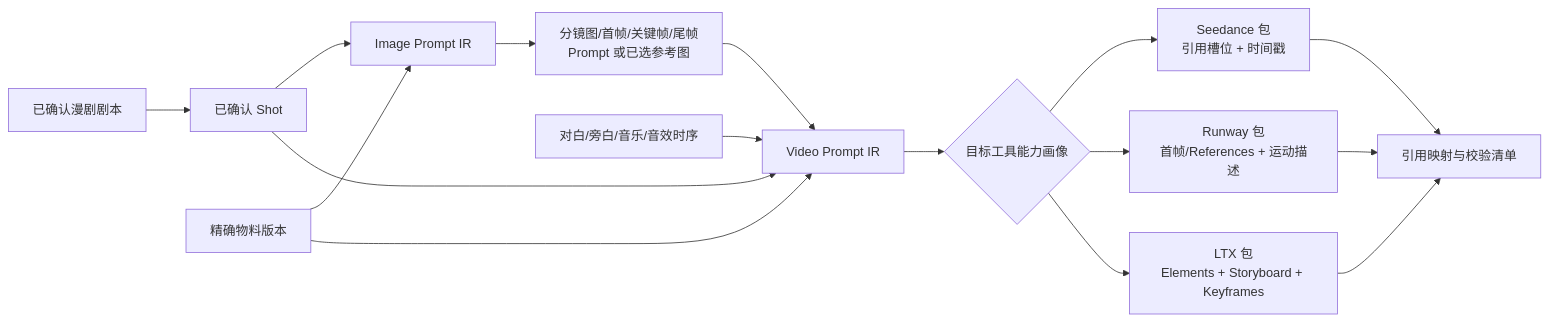
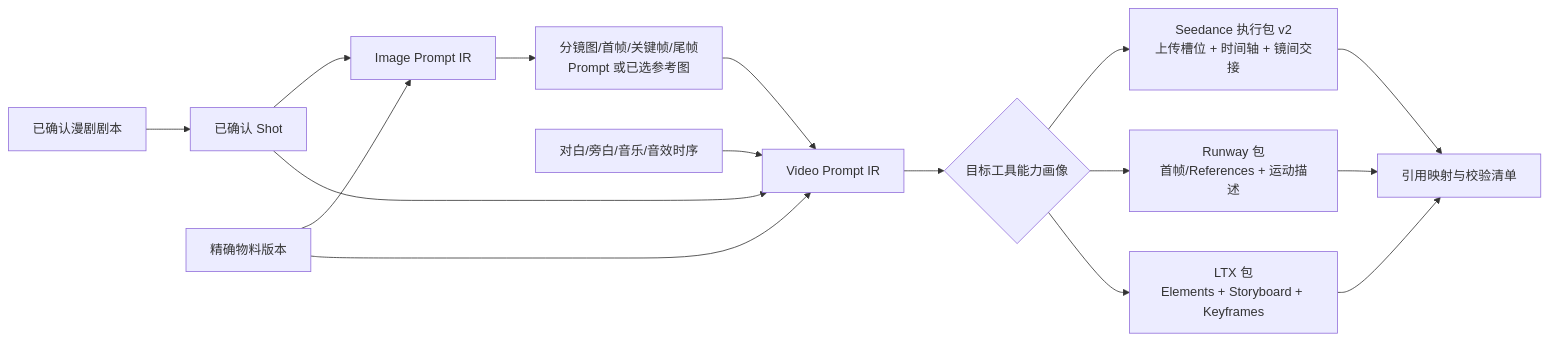
One commit to yuanbw2025/storyforge changed the fourth of 4 diagrams in docs/roadmap/MOTION-DRAMA-CONTENT-PRODUCTION-FLOW.md. Above: the diagram before and after it, drawn with Mermaid. The commit also changed other lines of this file and 13 other files, not shown here.

````diff
--- a/docs/roadmap/MOTION-DRAMA-CONTENT-PRODUCTION-FLOW.md
+++ b/docs/roadmap/MOTION-DRAMA-CONTENT-PRODUCTION-FLOW.md
@@ -131,18 +131,18 @@
 ```mermaid
 flowchart LR
     SCRIPT[已确认漫剧剧本] --> SHOT[已确认 Shot]
     ASSETS[精确物料版本] --> IMAGE_IR[Image Prompt IR]
     SHOT --> IMAGE_IR
     IMAGE_IR --> FRAMES[分镜图/首帧/关键帧/尾帧<br/>Prompt 或已选参考图]
     SHOT --> VIDEO_IR[Video Prompt IR]
     ASSETS --> VIDEO_IR
     FRAMES --> VIDEO_IR
     AUDIO[对白/旁白/音乐/音效时序] --> VIDEO_IR
     VIDEO_IR --> CAP{目标工具能力画像}
-    CAP --> SD[Seedance 包<br/>引用槽位 + 时间戳]
+    CAP --> SD[Seedance 执行包 v2<br/>上传槽位 + 时间轴 + 镜间交接]
     CAP --> RW[Runway 包<br/>首帧/References + 运动描述]
     CAP --> LTX[LTX 包<br/>Elements + Storyboard + Keyframes]
     SD --> MANIFEST[引用映射与校验清单]
     RW --> MANIFEST
     LTX --> MANIFEST
 ```
````
